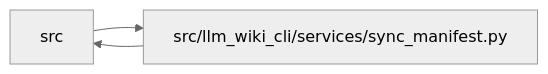
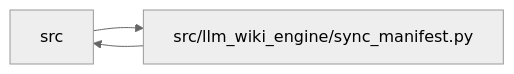
One commit to Denissvgn/python-wiki-llm changed the diagram in docs/llm_wiki/modules/sync_manifest.md. Above: the diagram before and after it, drawn with Mermaid (neutral theme). The commit also changed other lines of this file and 1058 other files, not shown here.

````diff
--- a/docs/llm_wiki/modules/sync_manifest.md
+++ b/docs/llm_wiki/modules/sync_manifest.md
@@ -51,8 +50,8 @@
 ```mermaid
 flowchart LR
     n0["src"]
-    n1["src/llm_wiki_cli/services/sync_manifest.py"]
+    n1["src/llm_wiki_engine/sync_manifest.py"]
     n0 --> n1
     n1 --> n0
     click n1 "../modules/sync_manifest.md"
 ```
````
